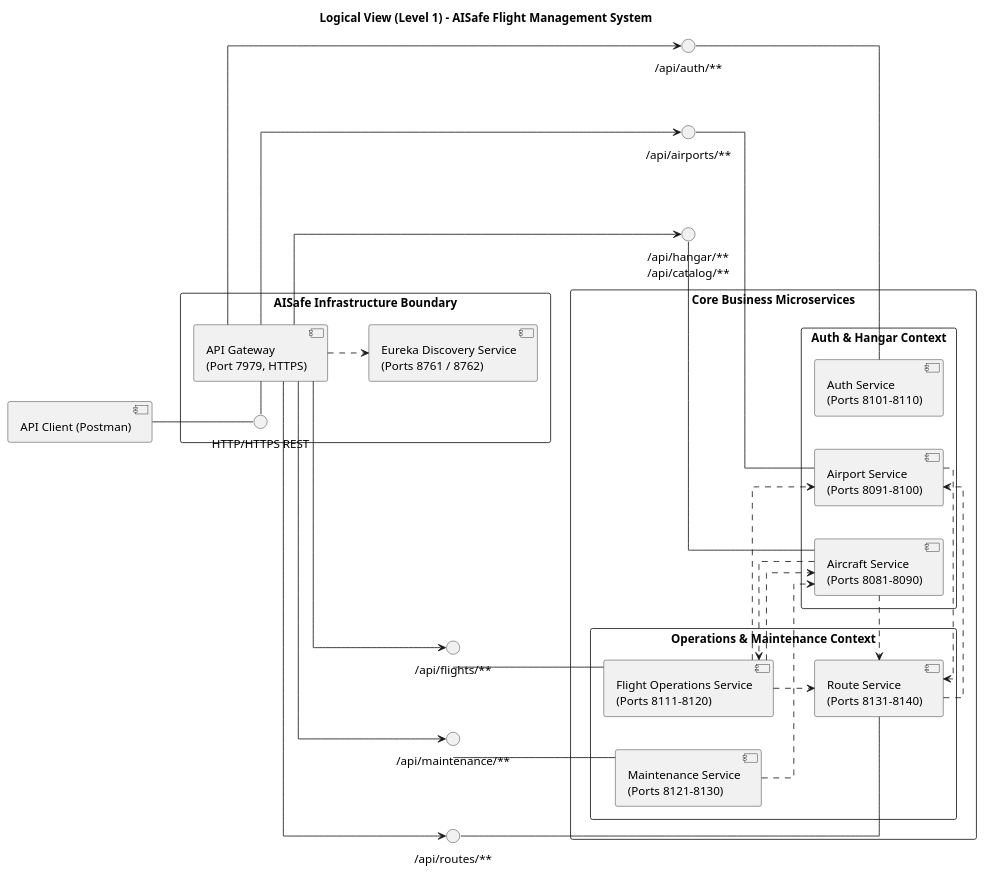
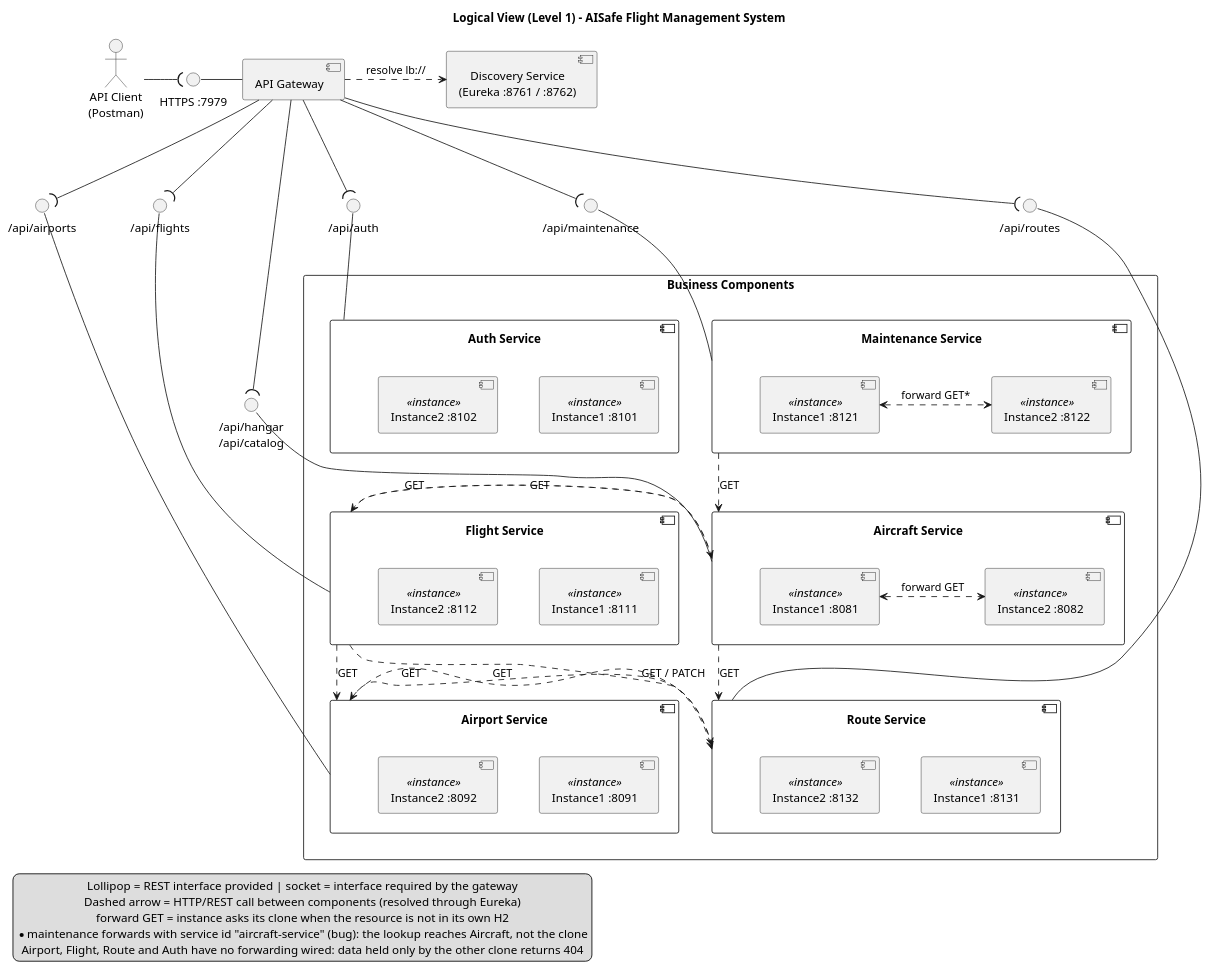
Before and after one commit to 8126Lucas/SIDIS_G6_3DA: the diagram in docs/global-logical-view-level1.puml, drawn with PlantUML. The commit also changed 2 other files, not shown here.

Commit message:
Add physical view deployment diagram and update UML logical view

```diff
--- a/docs/global-logical-view-level1.puml
+++ b/docs/global-logical-view-level1.puml
@@ -1,83 +1,95 @@
 @startuml
 title Logical View (Level 1) - AISafe Flight Management System
 
-left to right direction
+top to bottom direction
 skinparam componentStyle uml2
 skinparam packageStyle rectangle
-skinparam nodesep 40
-skinparam ranksep 50
-skinparam linetype ortho
+skinparam nodesep 50
+skinparam ranksep 70
+skinparam defaultTextAlignment center
 
-' --- CLIENTE EXTERNO ---
-component [API Client (Postman)] as Client
+' --- ENTRY ---
+actor "API Client\n(Postman)" as Client
+interface "HTTPS :7979" as IF_GW
 
-package "AISafe Infrastructure Boundary" {
-    interface "HTTP/HTTPS REST" as Gateway_IF
-    component [API Gateway\n(Port 7979, HTTPS)] as Gateway
-    component [Eureka Discovery Service\n(Ports 8761 / 8762)] as Eureka
-}
+component "API Gateway" as Gateway
+component "Discovery Service\n(Eureka :8761 / :8762)" as Eureka
 
-package "Core Business Microservices" {
+Client -( IF_GW
+IF_GW - Gateway
+Gateway .right.> Eureka : resolve lb://
 
-    package "Auth & Hangar Context" {
-        component [Auth Service\n(Ports 8101-8110)] as AuthService
-        component [Aircraft Service\n(Ports 8081-8090)] as AircraftService
-        component [Airport Service\n(Ports 8091-8100)] as AirportService
+' --- PROVIDED INTERFACES (lollipops) ---
+interface "/api/auth" as IF_Auth
+interface "/api/hangar\n/api/catalog" as IF_Aircraft
+interface "/api/airports" as IF_Airport
+interface "/api/flights" as IF_Flight
+interface "/api/maintenance" as IF_Maint
+interface "/api/routes" as IF_Route
+
+' --- COMPONENTS WITH CLONES ---
+package "Business Components" {
+    component "Auth Service" as Auth {
+        component "Instance1 :8101" as AU1 <<instance>>
+        component "Instance2 :8102" as AU2 <<instance>>
     }
-
-    package "Operations & Maintenance Context" {
-        component [Maintenance Service\n(Ports 8121-8130)] as MaintService
-        component [Route Service\n(Ports 8131-8140)] as RouteService
-        component [Flight Operations Service\n(Ports 8111-8120)] as FlightService
+    component "Aircraft Service" as Aircraft {
+        component "Instance1 :8081" as AC1 <<instance>>
+        component "Instance2 :8082" as AC2 <<instance>>
+    }
+    component "Airport Service" as Airport {
+        component "Instance1 :8091" as AP1 <<instance>>
+        component "Instance2 :8092" as AP2 <<instance>>
+    }
+    component "Flight Service" as Flight {
+        component "Instance1 :8111" as FL1 <<instance>>
+        component "Instance2 :8112" as FL2 <<instance>>
+    }
+    component "Maintenance Service" as Maint {
+        component "Instance1 :8121" as MT1 <<instance>>
+        component "Instance2 :8122" as MT2 <<instance>>
+    }
+    component "Route Service" as Route {
+        component "Instance1 :8131" as RT1 <<instance>>
+        component "Instance2 :8132" as RT2 <<instance>>
     }
 }
 
-' --- INTERFACES REST EXPOSTAS (Lollipops) ---
-interface "/api/auth/**" as IF_Auth
-interface "/api/hangar/**\n/api/catalog/**" as IF_Aircraft
-interface "/api/airports/**" as IF_Airport
-interface "/api/flights/**" as IF_Flight
-interface "/api/maintenance/**" as IF_Maint
-interface "/api/routes/**" as IF_Route
+' --- GATEWAY -> COMPONENTS (socket -> lollipop) ---
+Gateway -down-( IF_Auth
+Gateway -down-( IF_Aircraft
+Gateway -down-( IF_Airport
+Gateway -down-( IF_Flight
+Gateway -down-( IF_Maint
+Gateway -down-( IF_Route
 
-' --- ENTRADA E ROUTING DO GATEWAY ---
-Client -- Gateway_IF
-Gateway_IF - Gateway
-Gateway ..> Eureka 
+IF_Auth -down- Auth
+IF_Aircraft -down- Aircraft
+IF_Airport -down- Airport
+IF_Flight -down- Flight
+IF_Maint -down- Maint
+IF_Route -down- Route
 
-Gateway --> IF_Auth
-Gateway --> IF_Aircraft
-Gateway --> IF_Airport
-Gateway --> IF_Flight
-Gateway --> IF_Maint
-Gateway --> IF_Route
+' --- INTER-COMPONENT DEPENDENCIES (HTTP/REST via Eureka) ---
+Flight ..> Aircraft : GET
+Flight ..> Airport : GET
+Flight ..> Route : GET / PATCH
+Route ..> Airport : GET
+Airport ..> Route : GET
+Aircraft ..> Flight : GET
+Aircraft ..> Route : GET
+Maint ..> Aircraft : GET
 
-' --- LIGAÇÕES DIRETAS DAS INTERFACES AOS SERVIÇOS ---
-IF_Auth -- AuthService
-IF_Aircraft -- AircraftService
-IF_Airport -- AirportService
-IF_Flight -- FlightService
-IF_Maint -- MaintService
-IF_Route -- RouteService
+' --- INTRA-COMPONENT PEER FORWARDING ---
+AC1 <.right.> AC2 : forward GET
+MT1 <.right.> MT2 : forward GET*
 
-' --- DEPENDÊNCIAS REST INTER-SERVIÇOS (RestClient) ---
-
-' 1. Validações do Flight Service
-FlightService ..> RouteService
-FlightService ..> AircraftService
-FlightService ..> AirportService
-
-' 2. Validações do Route Service
-RouteService ..> AirportService
-
-' 3. Validações do Maintenance Service
-MaintService ..> AircraftService
-
-' 4. Dependências do Aircraft Service
-AircraftService ..> FlightService
-AircraftService ..> RouteService
-
-' 5. Dependências do Airport Service
-AirportService ..> RouteService
+legend bottom left
+  Lollipop = REST interface provided | socket = interface required by the gateway
+  Dashed arrow = HTTP/REST call between components (resolved through Eureka)
+  forward GET = instance asks its clone when the resource is not in its own H2
+  * maintenance forwards with service id "aircraft-service" (bug): the lookup reaches Aircraft, not the clone
+  Airport, Flight, Route and Auth have no forwarding wired: data held only by the other clone returns 404
+endlegend
 
 @enduml
```
